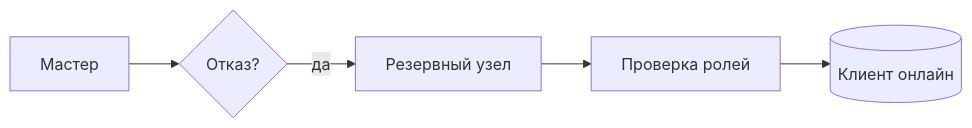
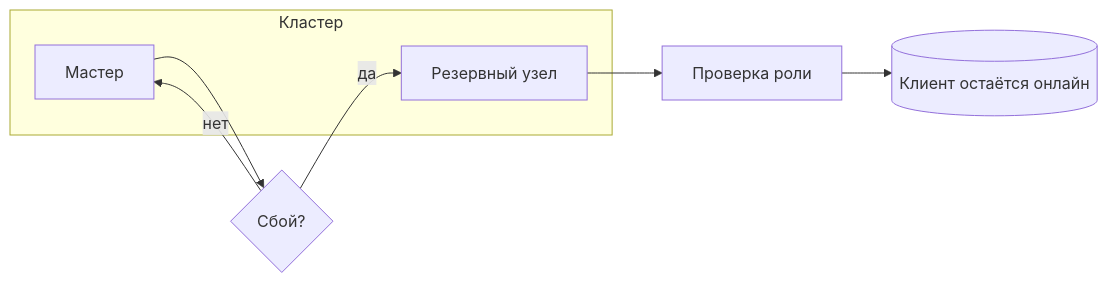
One commit to Vectorfield4/login-ai changed the diagram in src/shared/assets/diagrams/highload-backend.failover.ru.mmd. Above: the diagram before and after it, drawn with Mermaid. The commit also changed 602 other files, not shown here.

Commit message:
diagrams: rework all 100 schemas (state/sequence/er + subgraph)

```diff
--- a/src/shared/assets/diagrams/highload-backend.failover.ru.mmd
+++ b/src/shared/assets/diagrams/highload-backend.failover.ru.mmd
@@ -1,5 +1,11 @@
 flowchart LR
-  a["Мастер"] --> b{"Отказ?"}
-  b -->|да| c["Резервный узел"]
-  c --> d["Проверка ролей"]
-  d --> e[("Клиент онлайн")]
+  subgraph Cluster["Кластер"]
+    a["Мастер"]
+    c["Резервный узел"]
+  end
+  b{"Сбой?"}
+  a --> b
+  b -->|да| c
+  b -->|нет| a
+  c --> d["Проверка роли"]
+  d --> e[("Клиент остаётся онлайн")]
```
